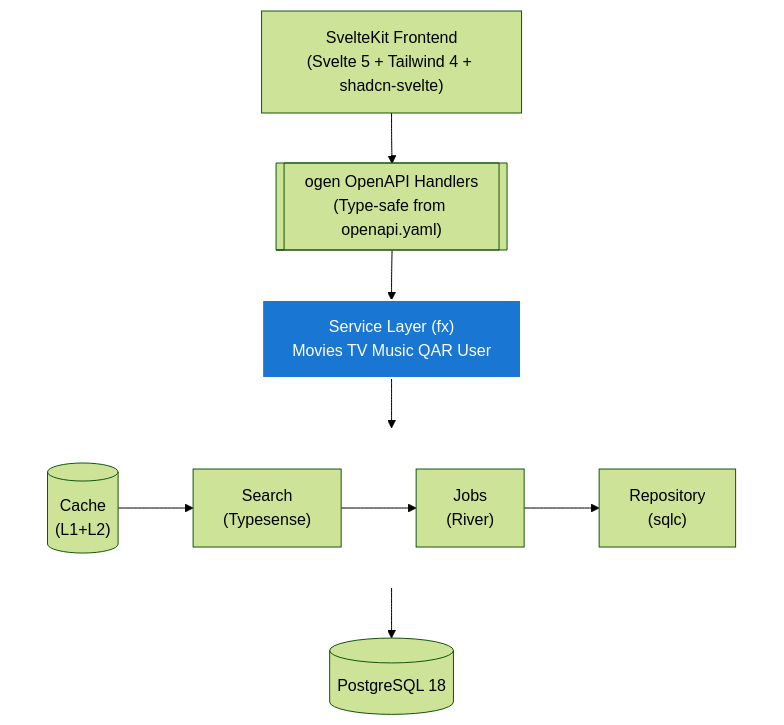
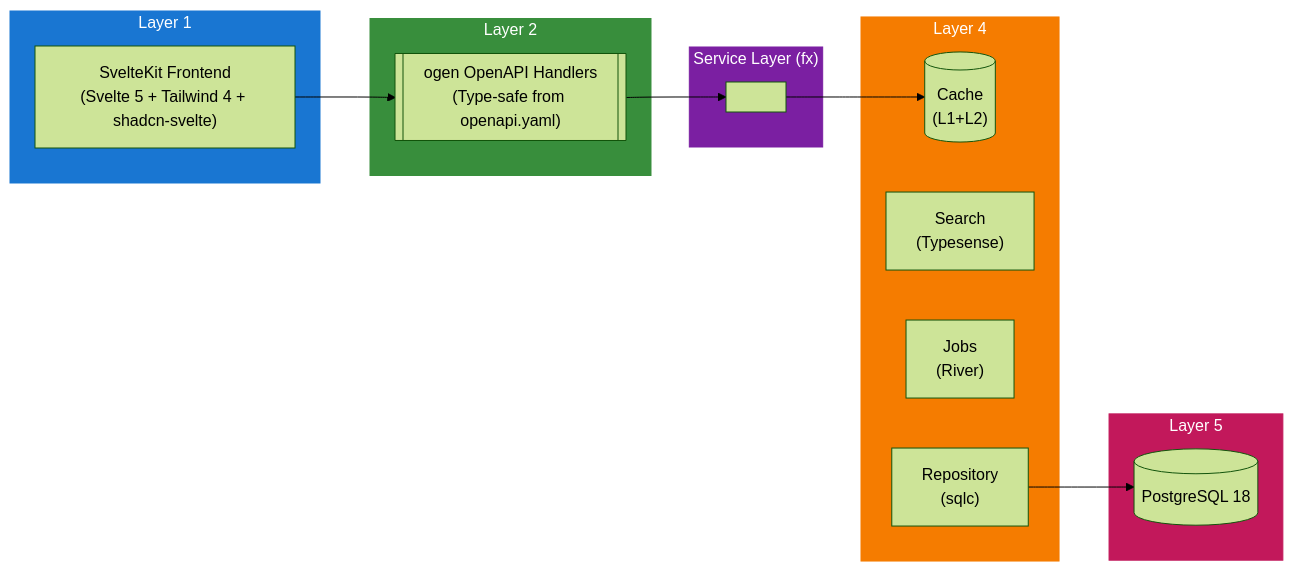
The diagram in docs/dev/design/technical/TECH_STACK.md (lusoris/revenge), drawn with Mermaid (forest theme) before and after one commit. The commit also changed 215 other files, not shown here.

First line of the commit message:
feat(diagrams): convert all ASCII diagrams to Mermaid with LR subgraphs

````diff
--- a/docs/dev/design/technical/TECH_STACK.md
+++ b/docs/dev/design/technical/TECH_STACK.md
@@ -59,27 +59,38 @@
 ```mermaid
-flowchart TD
-    node1["SvelteKit Frontend<br/>(Svelte 5 + Tailwind 4 + shadcn-svelte)"]
-    node2[["ogen OpenAPI Handlers<br/>(Type-safe from openapi.yaml)"]]
-    node3["Service Layer (fx)<br/>Movies TV Music QAR User"]
-    subgraph row1[ ]
-        direction LR
+flowchart LR
+    subgraph Layer1["Layer 1"]
+        node1["SvelteKit Frontend<br/>(Svelte 5 + Tailwind 4 + shadcn-svelte)"]
+    end
+
+    subgraph Layer2["Layer 2"]
+        node2[["ogen OpenAPI Handlers<br/>(Type-safe from openapi.yaml)"]]
+    end
+
+    subgraph Service["Service Layer (fx)"]
+        node3[" "]
+    end
+
+    subgraph Layer4["Layer 4"]
         node4[("Cache<br/>(L1+L2)")]
         node5["Search<br/>(Typesense)"]
         node6["Jobs<br/>(River)"]
         node7["Repository<br/>(sqlc)"]
     end
-    node8[("PostgreSQL 18")]
-    node4 --> node5
-    node5 --> node6
-    node6 --> node7
+
+    subgraph Layer5["Layer 5"]
+        node8[("PostgreSQL 18")]
+    end
+
+    %% Connections
     node1 --> node2
     node2 --> node3
     node3 --> node4
     node7 --> node8
 
-    %% Layer styling
-    style node3 fill:#1976D2,stroke:#fff,stroke-width:2px,color:#fff
-
-    %% Hide row subgraph borders
-    style row1 fill:transparent,stroke:transparent
+    %% Styling
+    style Layer1 fill:#1976D2,stroke:#1976D2,color:#fff
+    style Layer2 fill:#388E3C,stroke:#388E3C,color:#fff
+    style Service fill:#7B1FA2,stroke:#7B1FA2,color:#fff
+    style Layer4 fill:#F57C00,stroke:#F57C00,color:#fff
+    style Layer5 fill:#C2185B,stroke:#C2185B,color:#fff
 ```
````
